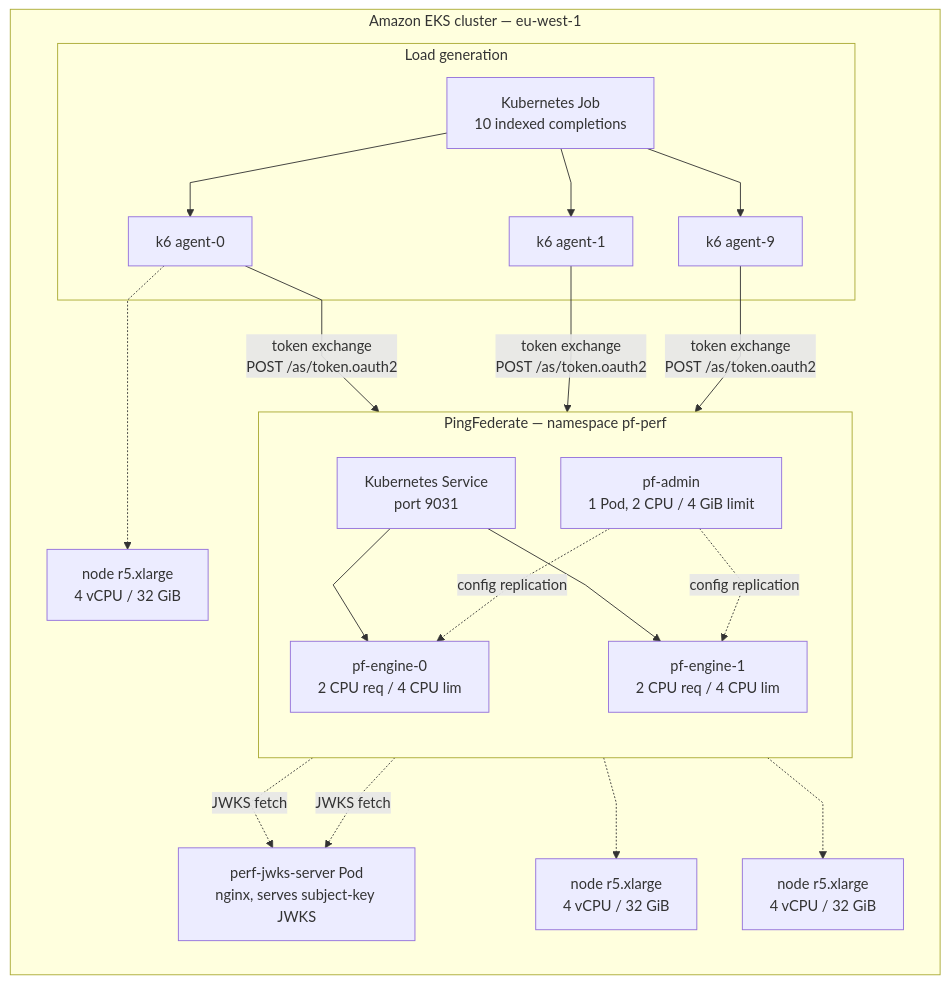
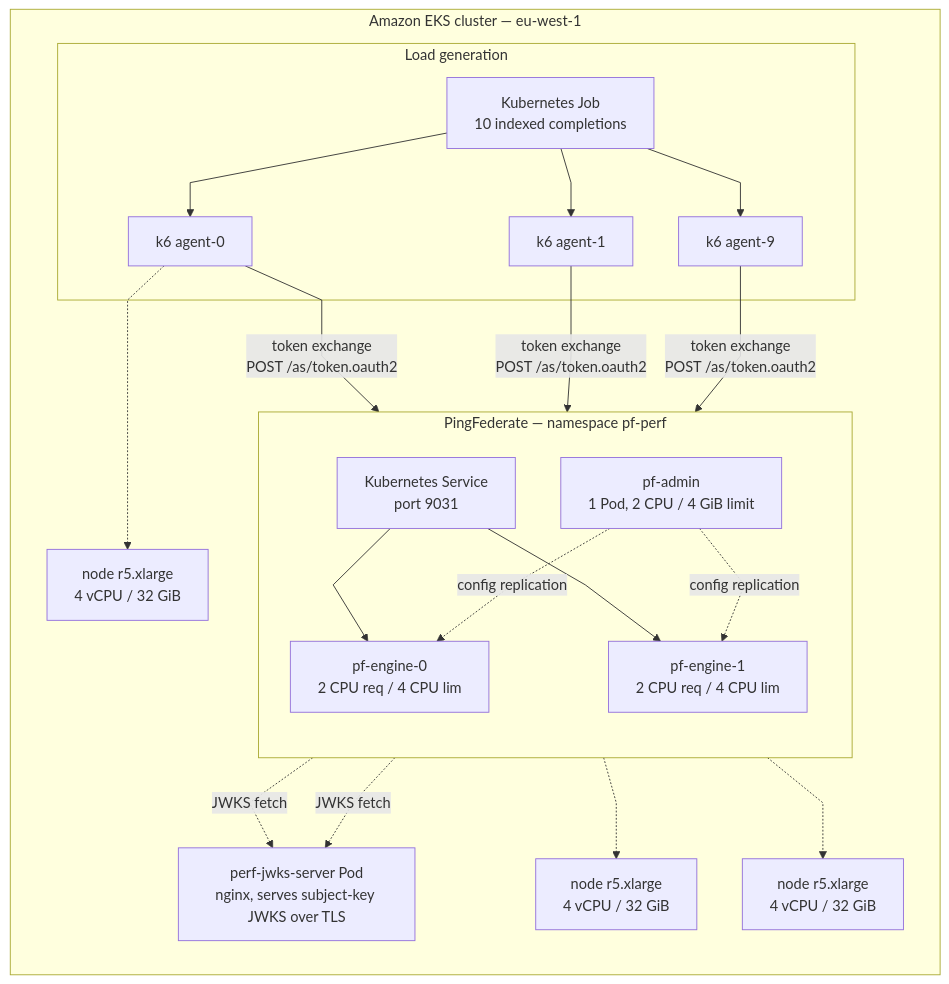
Before and after one commit to carbonefederico/blog-content: the diagram in _posts/2026-09-17-pingfederate-token-exchange-performance-test.md, drawn with Mermaid. The commit also changed other lines of this file and 3 other files, not shown here.

````diff
--- a/_posts/2026-09-17-pingfederate-token-exchange-performance-test.md
+++ b/_posts/2026-09-17-pingfederate-token-exchange-performance-test.md
@@ -32,38 +32,38 @@
 ```mermaid
 %%{init: {'flowchart': {'curve': 'linear'}}}%%
 flowchart TB
     subgraph CL["Amazon EKS cluster — eu-west-1"]
         direction TB
 
         subgraph LB["Load generation"]
             K1["k6 agent-0"]
             K2["k6 agent-1"]
             K9["k6 agent-9"]
             JB["Kubernetes Job<br/>10 indexed completions"]
         end
 
         subgraph PF["PingFederate — namespace pf-perf"]
             direction TB
             ADM["pf-admin<br/>1 Pod, 2 CPU / 4 GiB limit"]
             ENG1["pf-engine-0<br/>2 CPU req / 4 CPU lim"]
             ENG2["pf-engine-1<br/>2 CPU req / 4 CPU lim"]
             SVC["Kubernetes Service<br/>port 9031"]
         end
 
-        JWKS["perf-jwks-server Pod<br/>nginx, serves subject-key JWKS"]
+        JWKS["perf-jwks-server Pod<br/>nginx, serves subject-key JWKS over TLS"]
         N1["node r5.xlarge<br/>4 vCPU / 32 GiB"]
         N2["node r5.xlarge<br/>4 vCPU / 32 GiB"]
         N3["node r5.xlarge<br/>4 vCPU / 32 GiB"]
     end
 
     JB --> K1 & K2 & K9
     K1 & K2 & K9 -->|"token exchange<br/>POST /as/token.oauth2"| SVC
     SVC --> ENG1 & ENG2
     ENG1 -.->|"JWKS fetch"| JWKS
     ENG2 -.->|"JWKS fetch"| JWKS
     ADM -.->|"config replication"| ENG1
     ADM -.->|"config replication"| ENG2
     ENG1 -.-> N1
     ENG2 -.-> N2
     K1 -.-> N3
 ```
````
